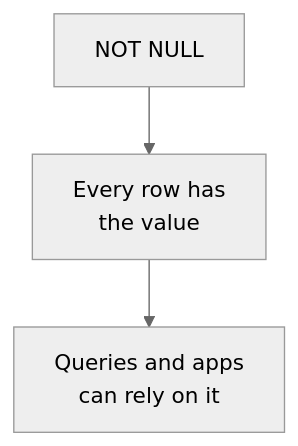
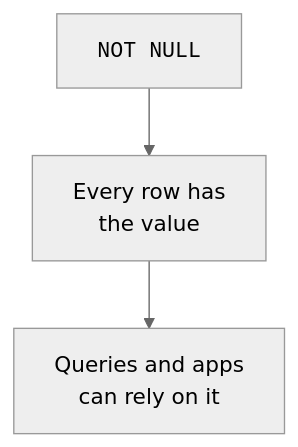
The third of 3 diagrams in content/courses/database-design-postgresql/not-null-and-defaults.mdx (dataslope/dataslope), drawn with Mermaid (neutral theme) before and after one commit. The commit also changed other lines of this file and 283 other files, not shown here.

First line of the commit message:
Diagrams as elements, not characters: fix the box model, sweep the corpus, and make syntax breakdowns a convention (#652)

````diff
--- a/content/courses/database-design-postgresql/not-null-and-defaults.mdx
+++ b/content/courses/database-design-postgresql/not-null-and-defaults.mdx
@@ -256,5 +267,5 @@
 ```mermaid
 flowchart TD
-    NN["NOT NULL"] --> Promise["Every row has<br/>the value"]
+    NN["<code>NOT NULL</code>"] --> Promise["Every row has<br/>the value"]
     Promise --> Trust["Queries and apps<br/>can rely on it"]
 ```
````
